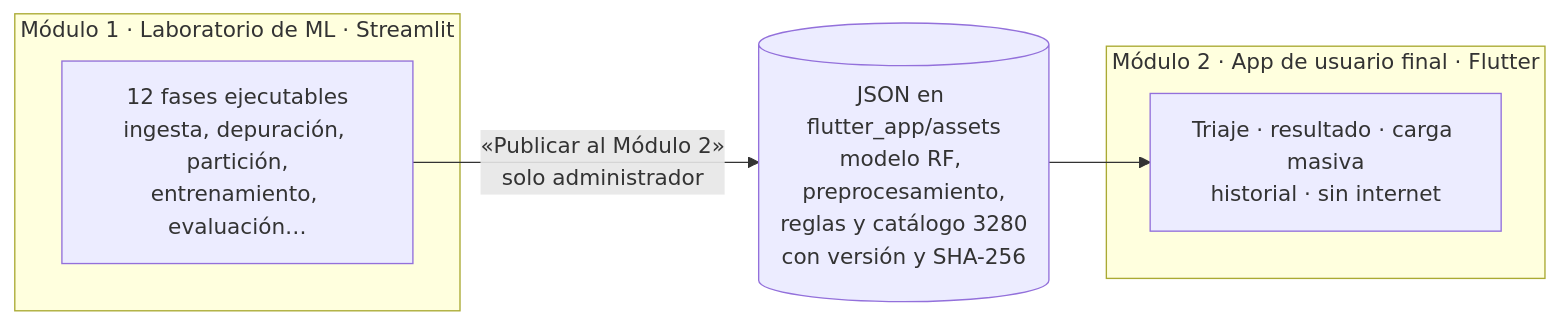
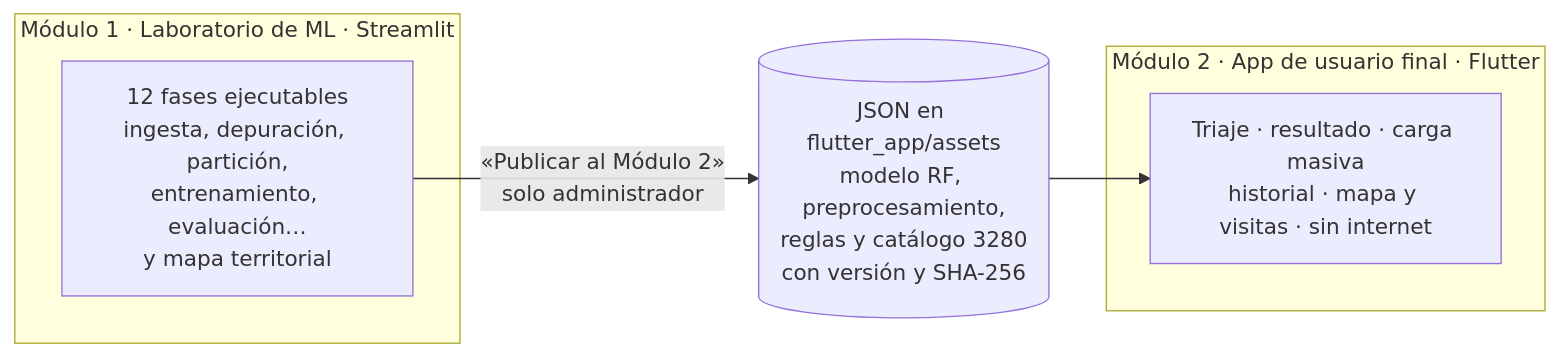
Before and after one commit to AnyeCOsp23/MATERNA: the diagram in README.md, drawn with Mermaid. The commit also changed other lines of this file, not shown here.

````diff
--- a/README.md
+++ b/README.md
@@ -23,11 +23,11 @@
 ```mermaid
 flowchart LR
     subgraph M1[Módulo 1 · Laboratorio de ML · Streamlit]
-        L[12 fases ejecutables<br/>ingesta, depuración, partición,<br/>entrenamiento, evaluación…]
+        L[12 fases ejecutables<br/>ingesta, depuración, partición,<br/>entrenamiento, evaluación…<br/>y mapa territorial]
     end
     subgraph M2[Módulo 2 · App de usuario final · Flutter]
-        A[Triaje · resultado · carga masiva<br/>historial · sin internet]
+        A[Triaje · resultado · carga masiva<br/>historial · mapa y visitas · sin internet]
     end
     L -- «Publicar al Módulo 2»<br/>solo administrador --> J[(JSON en flutter_app/assets<br/>modelo RF, preprocesamiento,<br/>reglas y catálogo 3280<br/>con versión y SHA-256)]
     J --> A
 ```
````
